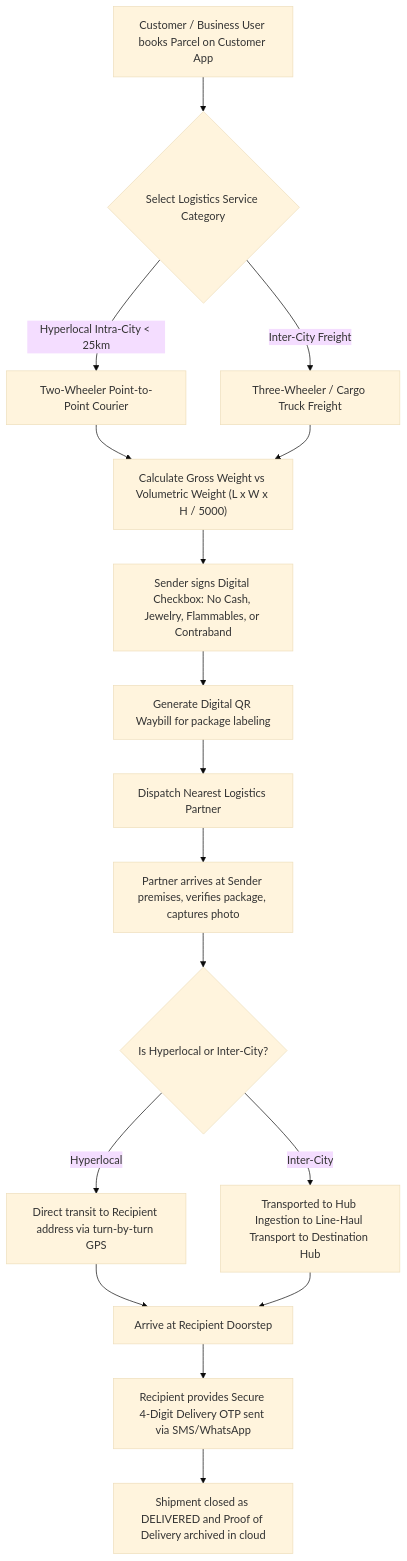
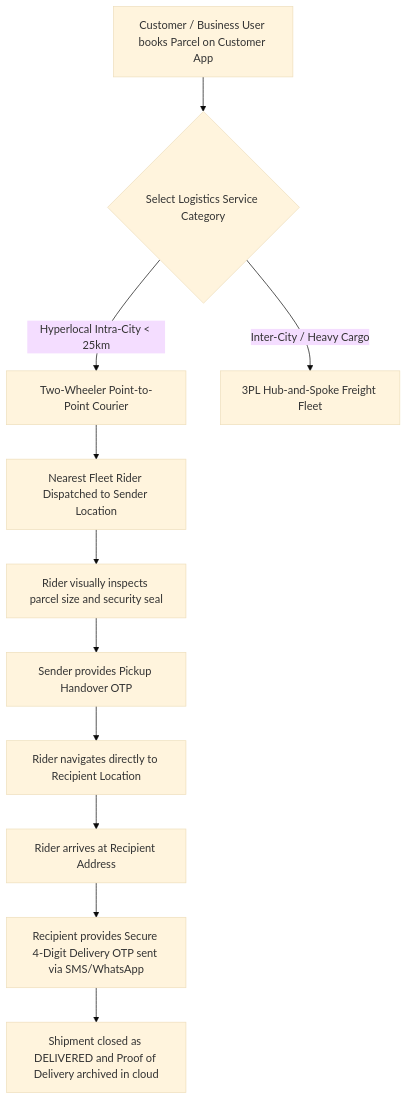
Before and after one commit to programmerfiroz/all-in-one: the eighth of 13 diagrams in docs/06_visual_hierarchy_and_flows/high_level_visual_hierarchy.md, drawn with Mermaid (base theme). The commit also changed other lines of this file and 1 other file, not shown here.

Commit message:
docs: implement master visual hierarchy and complete system flow blueprint (VHB-IND-V1.2)

````diff
--- a/docs/06_visual_hierarchy_and_flows/high_level_visual_hierarchy.md
+++ b/docs/06_visual_hierarchy_and_flows/high_level_visual_hierarchy.md
@@ -377,26 +363,15 @@
 ```mermaid
 flowchart TD
     BookParcel["Customer / Business User books Parcel on Customer App"] --> ModeSelect{"Select Logistics Service Category"}
+    ModeSelect -->|Hyperlocal Intra-City < 25km| IntraCity["Two-Wheeler Point-to-Point Courier"]
+    ModeSelect -->|Inter-City / Heavy Cargo| InterCity["3PL Hub-and-Spoke Freight Fleet"]
     
-    ModeSelect -->|Hyperlocal Intra-City < 25km| IntraCity["Two-Wheeler Point-to-Point Courier"]
-    ModeSelect -->|Inter-City Freight| InterCity["Three-Wheeler / Cargo Truck Freight"]
-    
-    IntraCity --> VolCalc["Calculate Gross Weight vs Volumetric Weight (L x W x H / 5000)"]
-    InterCity --> VolCalc
-    
-    VolCalc --> RestrictCheck["Sender signs Digital Checkbox: No Cash, Jewelry, Flammables, or Contraband"]
-    RestrictCheck --> GenerateQR["Generate Digital QR Waybill for package labeling"]
-    
-    GenerateQR --> DriverAssign["Dispatch Nearest Logistics Partner"]
-    DriverAssign --> SenderPickup["Partner arrives at Sender premises, verifies package, captures photo"]
-    
-    SenderPickup --> RouteTransit{"Is Hyperlocal or Inter-City?"}
-    RouteTransit -->|Hyperlocal| DirectTransit["Direct transit to Recipient address via turn-by-turn GPS"]
-    RouteTransit -->|Inter-City| HubConsolidate["Transported to Hub Ingestion to Line-Haul Transport to Destination Hub"]
-    
-    DirectTransit --> RecipientDoor["Arrive at Recipient Doorstep"]
-    HubConsolidate --> RecipientDoor
+    IntraCity --> PickupRider["Nearest Fleet Rider Dispatched to Sender Location"]
+    PickupRider --> VerifyParcel["Rider visually inspects parcel size and security seal"]
+    VerifyParcel --> SenderOTP["Sender provides Pickup Handover OTP"]
+    SenderOTP --> EnRoute["Rider navigates directly to Recipient Location"]
+    EnRoute --> RecipientDoor["Rider arrives at Recipient Address"]
     
     RecipientDoor --> VerifyOTP["Recipient provides Secure 4-Digit Delivery OTP sent via SMS/WhatsApp"]
     VerifyOTP --> Delivered["Shipment closed as DELIVERED and Proof of Delivery archived in cloud"]
 ```
````
